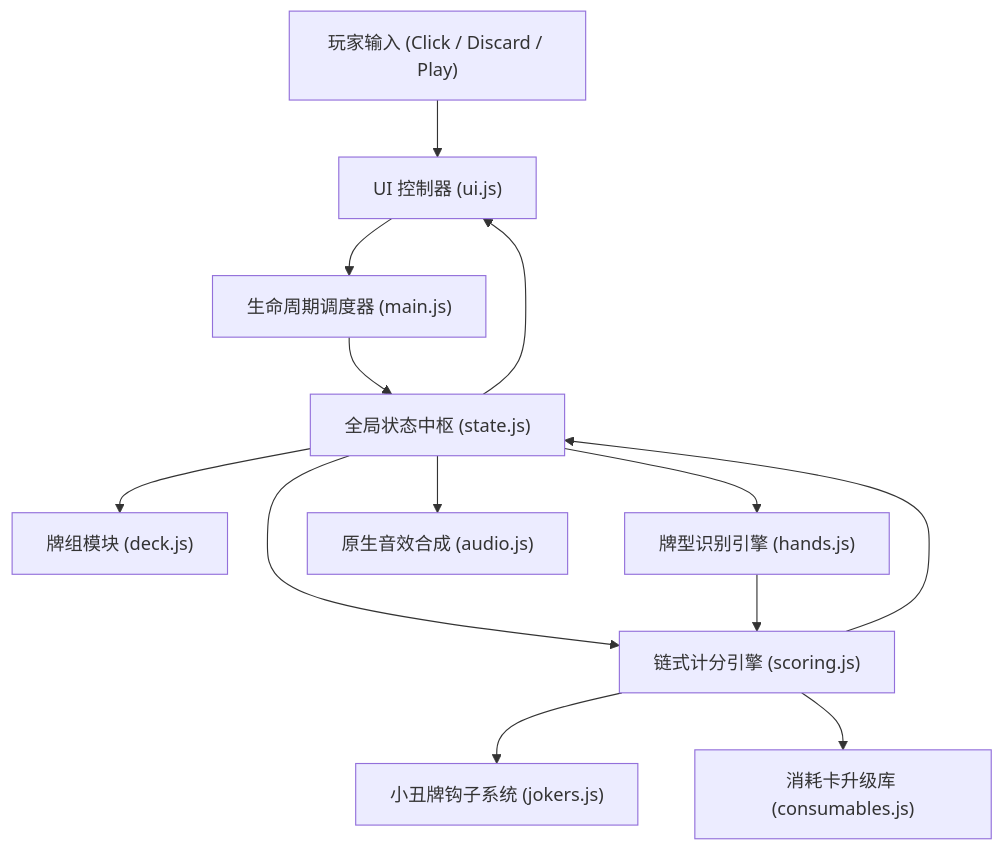
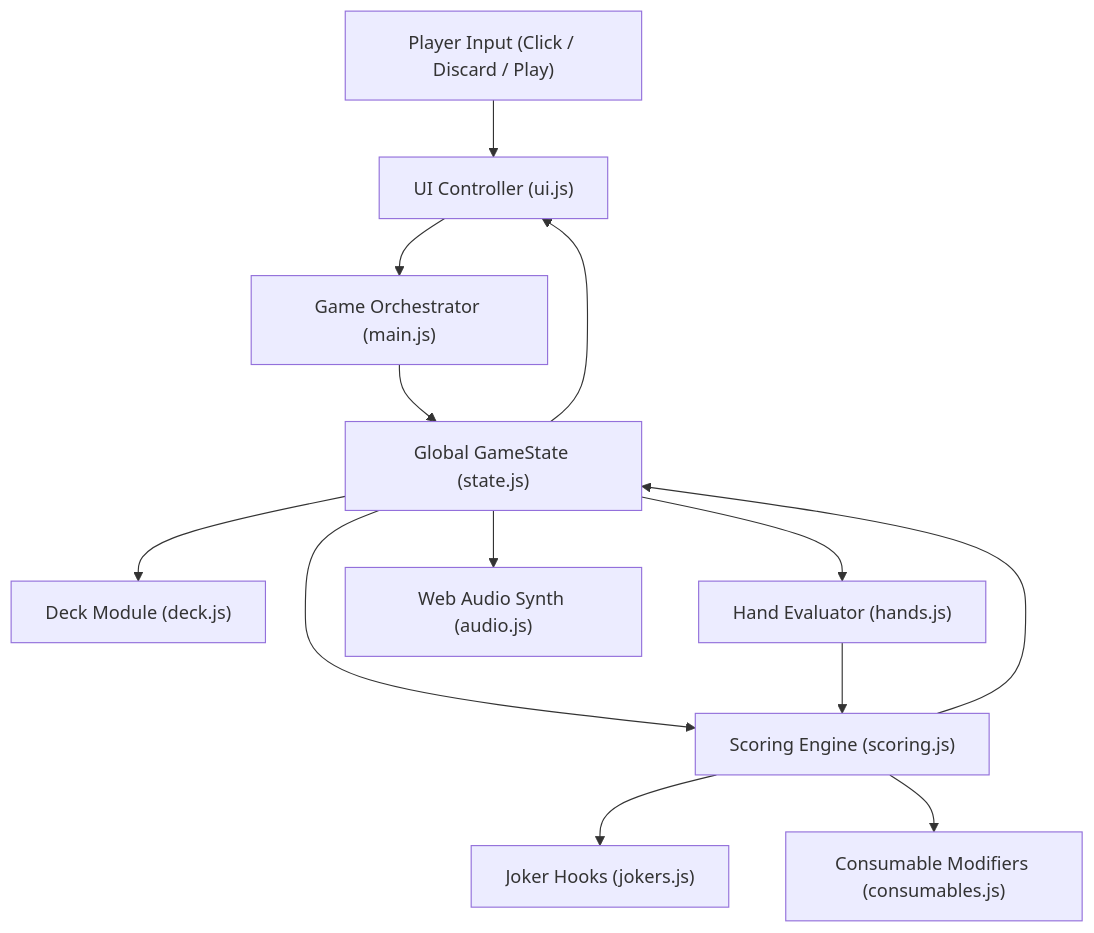
Before and after one commit to lingshiyao/Strata: the diagram in balatro_intelligence_test/02_ARCHITECTURE_AND_MODULAR_PLAN.md, drawn with Mermaid. The commit also changed other lines of this file and 5 other files, not shown here.

````diff
--- a/balatro_intelligence_test/02_ARCHITECTURE_AND_MODULAR_PLAN.md
+++ b/balatro_intelligence_test/02_ARCHITECTURE_AND_MODULAR_PLAN.md
@@ -49,18 +49,18 @@
 ```mermaid
 graph TD
-    User["玩家输入 (Click / Discard / Play)"] --> UI["UI 控制器 (ui.js)"]
-    UI --> Main["生命周期调度器 (main.js)"]
+    User["Player Input (Click / Discard / Play)"] --> UI["UI Controller (ui.js)"]
+    UI --> Main["Game Orchestrator (main.js)"]
     
-    Main --> State["全局状态中枢 (state.js)"]
-    State --> Deck["牌组模块 (deck.js)"]
-    State --> HandEvaluator["牌型识别引擎 (hands.js)"]
-    State --> ScoreEngine["链式计分引擎 (scoring.js)"]
+    Main --> State["Global GameState (state.js)"]
+    State --> Deck["Deck Module (deck.js)"]
+    State --> HandEvaluator["Hand Evaluator (hands.js)"]
+    State --> ScoreEngine["Scoring Engine (scoring.js)"]
     
     HandEvaluator --> ScoreEngine
-    ScoreEngine --> JokerHooks["小丑牌钩子系统 (jokers.js)"]
-    ScoreEngine --> ConsumableHooks["消耗卡升级库 (consumables.js)"]
+    ScoreEngine --> JokerHooks["Joker Hooks (jokers.js)"]
+    ScoreEngine --> ConsumableHooks["Consumable Modifiers (consumables.js)"]
     
     ScoreEngine --> State
     State --> UI
-    State --> Audio["原生音效合成 (audio.js)"]
+    State --> Audio["Web Audio Synth (audio.js)"]
 ```
````
